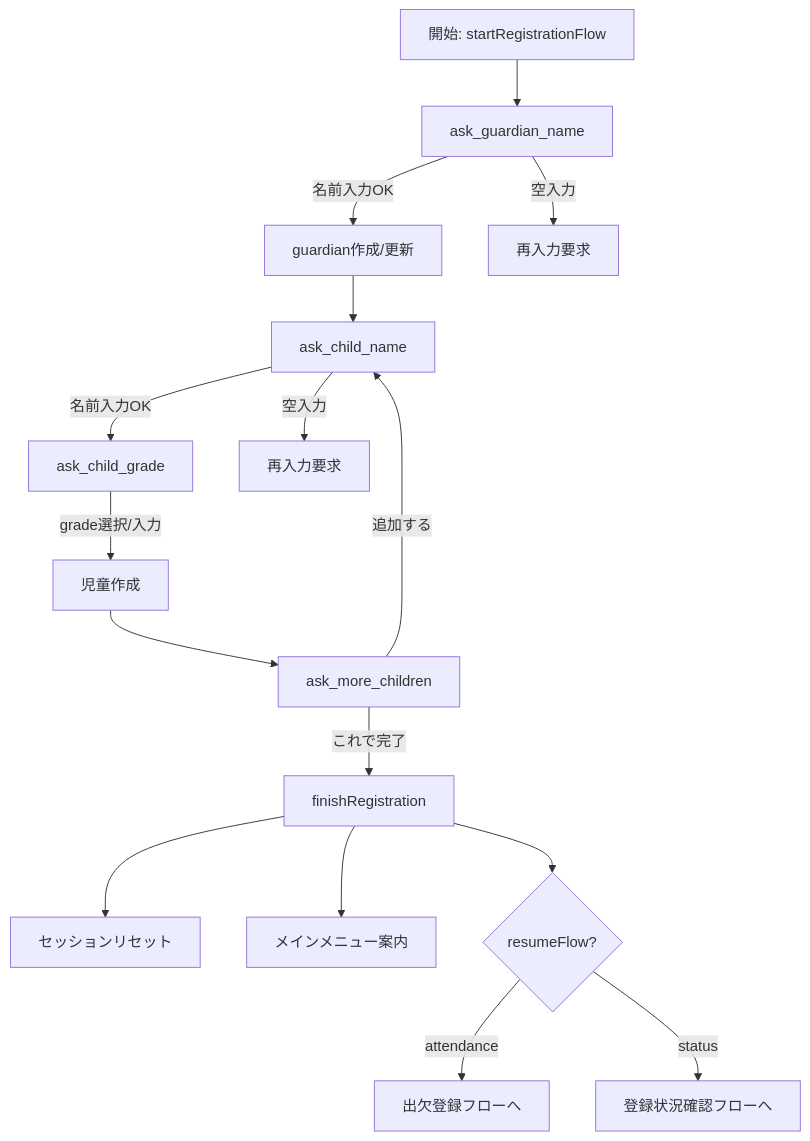
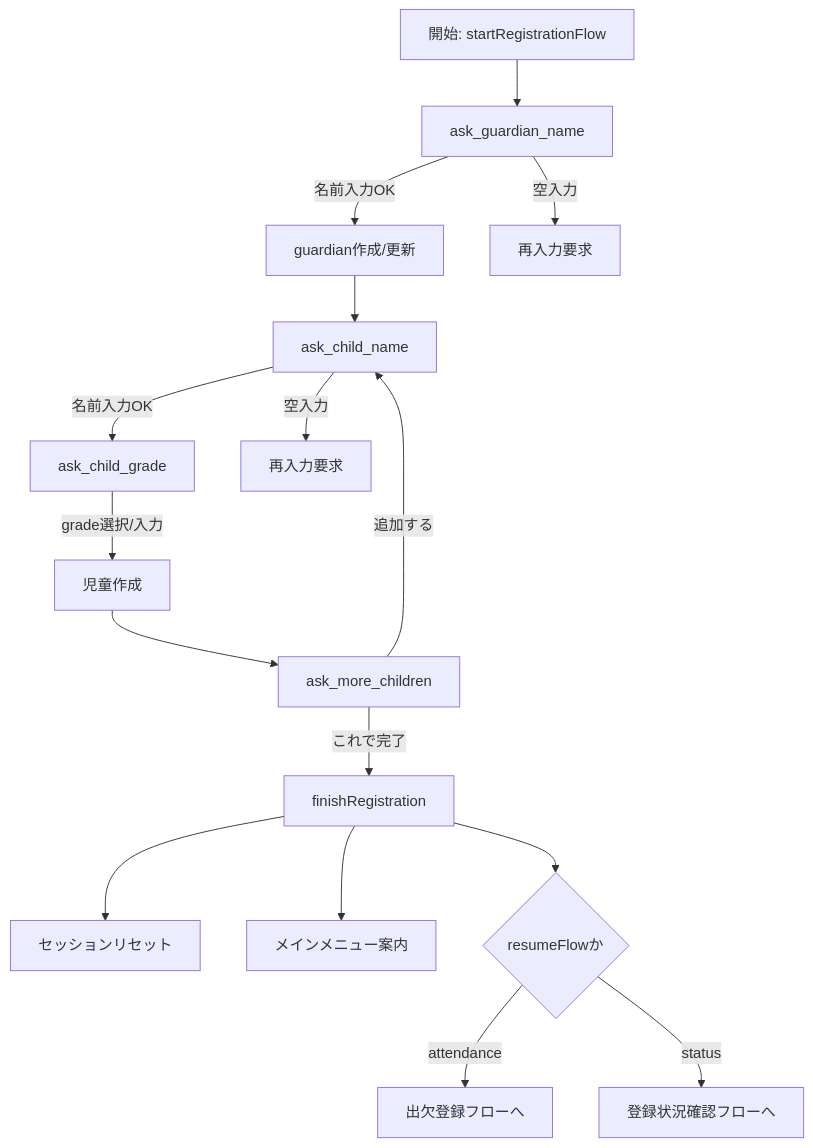
The seventh of 10 diagrams in docs/line-flow-diagrams.md (wakodai/free-school-try5), drawn with Mermaid before and after one commit. The commit also changed other lines of this file, not shown here.

Commit message:
Mermaid図のパースエラー表記を修正

````diff
--- a/docs/line-flow-diagrams.md
+++ b/docs/line-flow-diagrams.md
@@ -98,21 +98,21 @@
 ```mermaid
 flowchart TD
   A[開始: startRegistrationFlow] --> B[ask_guardian_name]
   B -->|名前入力OK| C[guardian作成/更新]
   C --> D[ask_child_name]
   B -->|空入力| B1[再入力要求]
 
   D -->|名前入力OK| E[ask_child_grade]
   D -->|空入力| D1[再入力要求]
 
   E -->|grade選択/入力| F[児童作成]
   F --> G[ask_more_children]
 
   G -->|追加する| D
   G -->|これで完了| H[finishRegistration]
   H --> I[セッションリセット]
   H --> J[メインメニュー案内]
-  H --> K{resumeFlow?}
+  H --> K{resumeFlowか}
   K -->|attendance| L[出欠登録フローへ]
   K -->|status| M[登録状況確認フローへ]
 ```
````
